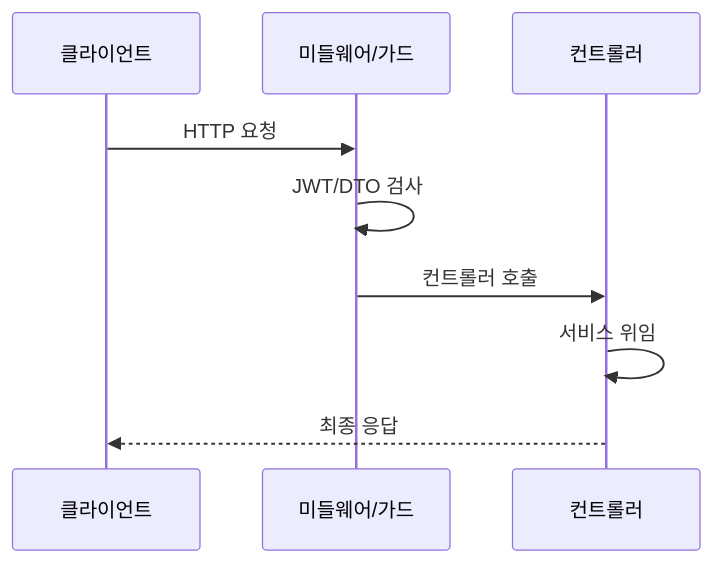
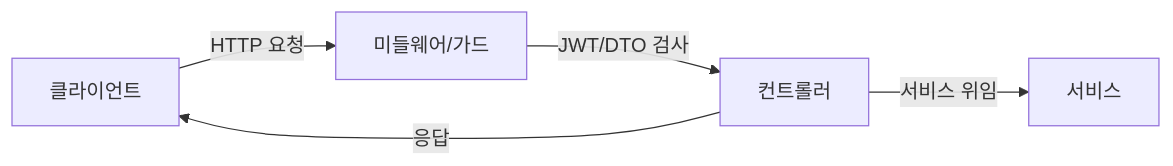
The third of 4 diagrams in _posts/frontend/2026-05-02-nestjs-fundamentals.md (yjkim2015/yjkim2015.github.io), drawn with Mermaid before and after one commit. The commit also changed other lines of this file and 163 other files, not shown here.

First line of the commit message:
Mermaid 300개 블록 내용 축소: 5노드 5엣지 이하, 의미 있는 약어

````diff
--- a/_posts/frontend/2026-05-02-nestjs-fundamentals.md
+++ b/_posts/frontend/2026-05-02-nestjs-fundamentals.md
@@ -287,11 +289,7 @@
 ```mermaid
-sequenceDiagram
-    participant C as 클라이언트
-    participant MW as 미들웨어/가드
-    participant CTRL as 컨트롤러
-    C->>MW: HTTP 요청
-    MW->>MW: JWT/DTO 검사
-    MW->>CTRL: 컨트롤러 호출
-    CTRL->>CTRL: 서비스 위임
-    CTRL-->>C: 최종 응답
+graph LR
+    C["클라이언트"] -->|"HTTP 요청"| MW["미들웨어/가드"]
+    MW -->|"JWT/DTO 검사"| CTRL["컨트롤러"]
+    CTRL -->|"서비스 위임"| SVC["서비스"]
+    CTRL -->|"응답"| C
 ```
````
